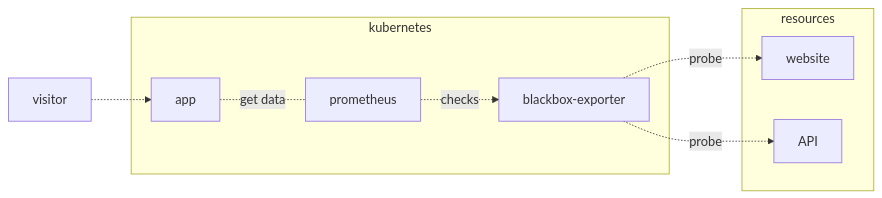
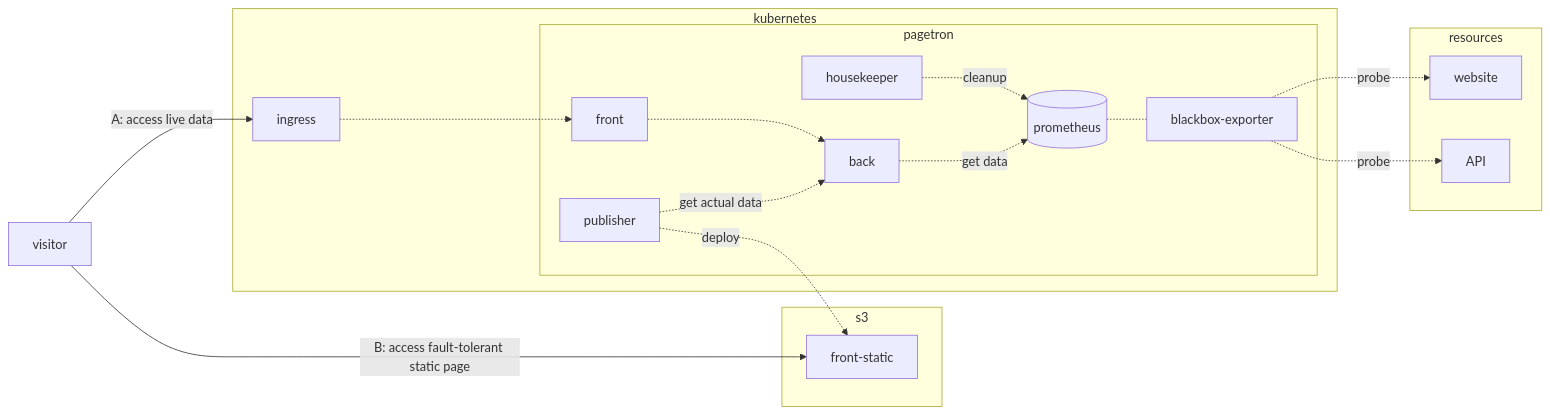
The diagram in docs/architecture.md (agrrh/pagetron), drawn with Mermaid before and after one commit. The commit also changed 1 other file, not shown here.

Commit message:
chore: prepare for next steps (#18)
* docs: fix issues url

* docs: update architecture

* docs: simplify readme

````diff
--- a/docs/architecture.md
+++ b/docs/architecture.md
@@ -3,23 +3,43 @@
 ```mermaid
 graph LR
 
 visitor
 
 subgraph resources
-  website[website]
-  api[API]
+  external-website[website]
+  external-api[API]
+end
+
+subgraph s3
+  front-static
 end
 
 subgraph kubernetes
-  blackbox[blackbox-exporter]
+  ingress
 
-  prometheus
+  subgraph pagetron
+    front
+    back
 
-  prometheus -.-> |checks| blackbox
-  blackbox -.->  |probe| website & api
+    prometheus[(prometheus)]
+    blackbox[blackbox-exporter]
 
-  app -.- |get data| prometheus
+    housekeeper
+    publisher
+  end
 end
 
-visitor -.-> app
+prometheus -.- blackbox
+blackbox -.->  |probe| external-website & external-api
+
+housekeeper -.->|cleanup| prometheus
+
+front -.-> back
+back -.-> |get data| prometheus
+
+publisher -.->|get actual data| back
+publisher -.->|deploy| front-static
+
+visitor -->|A: access live data| ingress -.-> front
+visitor -->|B: access fault-tolerant static page| front-static
 ```
````
